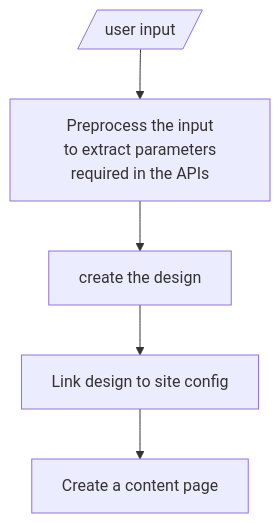
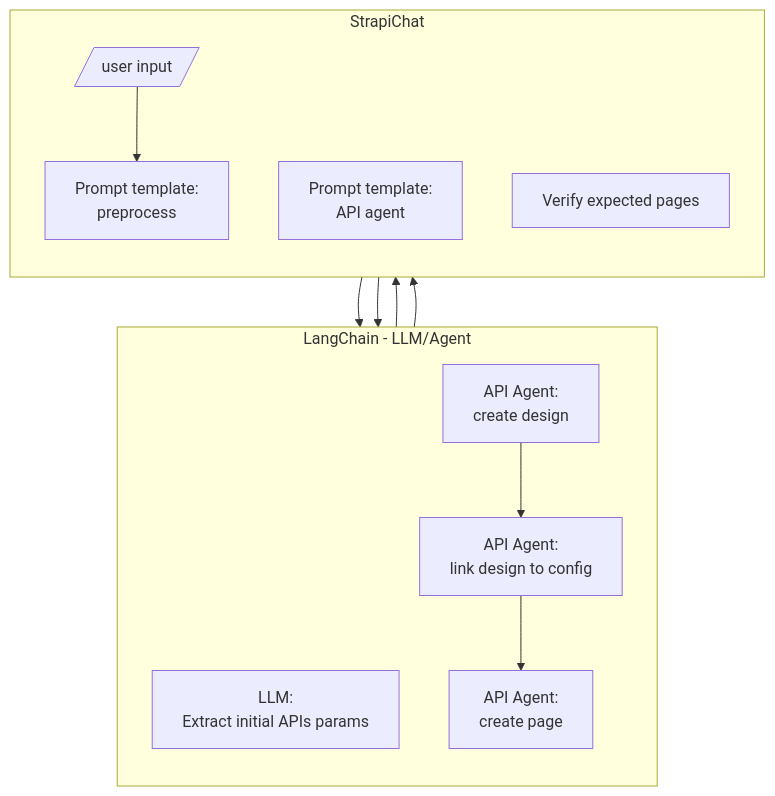
Before and after one commit to alallaqi/poc-strapi-chat: the third of 3 diagrams in README.md, drawn with Mermaid. The commit also changed other lines of this file and 1 other file, not shown here.

````diff
--- a/README.md
+++ b/README.md
@@ -40,10 +47,27 @@
 ```mermaid
-flowchart
-   
-   Input[/user input/] --> preprocess[Preprocess the input<br /> to extract parameters required in the APIs]
-   preprocess --> A
-   A[create the design] --> B[Link design to site config]
-   B --> C[Create a content page]
+flowchart TB
+  
+  subgraph LangChain - LLM/Agent
+   direction TB
+   Preprocess[LLM:<br />Extract initial APIs params]
+   AgentCreateDesign[API Agent:<br />create design]
+   AgentLinkDesign[API Agent:<br />link design to config]
+   AgentCreatePage[API Agent:<br />create page]
+  end
 
+  subgraph StrapiChat
+    direction TB
+    Input[/user input/]
+    PromptPreprocess[Prompt template:<br />preprocess]
+    PromptApiAgent[Prompt template:<br />API agent]
+    Verify[Verify expected pages]
+  end
 
+  Input --> PromptPreprocess
+  PromptPreprocess --> Preprocess
+  Preprocess --> PromptApiAgent
+  PromptApiAgent --> AgentCreateDesign
+  AgentCreateDesign --> AgentLinkDesign
+  AgentLinkDesign --> AgentCreatePage
+  AgentCreatePage --> Verify
 ```
````
